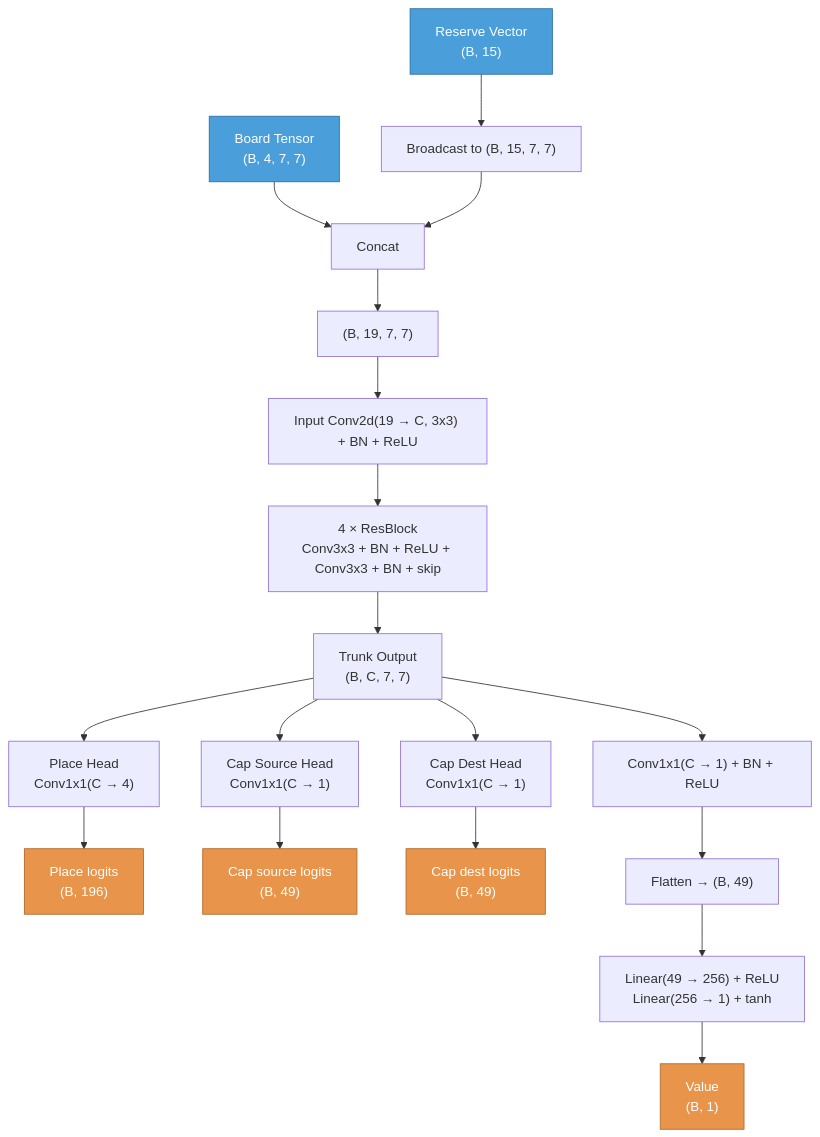
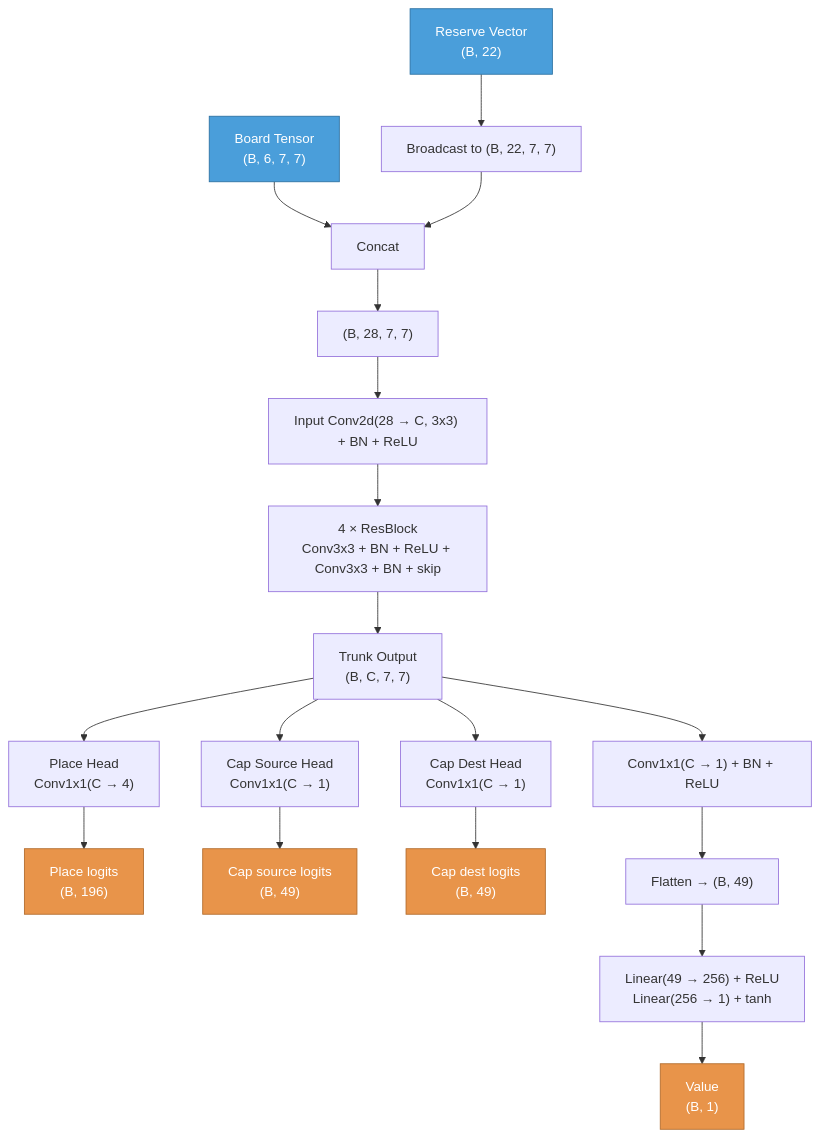
The diagram in docs/zertz_model.md (wldevries/hive-zero), drawn with Mermaid before and after one commit. The commit also changed other lines of this file and 5 other files, not shown here.

````diff
--- a/docs/zertz_model.md
+++ b/docs/zertz_model.md
@@ -5,27 +5,27 @@
 ```mermaid
 graph TD
-    BT["Board Tensor<br/>(B, 4, 7, 7)"]:::input --> CAT["Concat"]
-    RV["Reserve Vector<br/>(B, 15)"]:::input --> BC["Broadcast to (B, 15, 7, 7)"]
+    BT["Board Tensor<br/>(B, 6, 7, 7)"]:::input --> CAT["Concat"]
+    RV["Reserve Vector<br/>(B, 22)"]:::input --> BC["Broadcast to (B, 22, 7, 7)"]
     BC --> CAT
-    CAT --> INPUT["(B, 19, 7, 7)"]
+    CAT --> INPUT["(B, 28, 7, 7)"]
 
-    INPUT --> IC["Input Conv2d(19 → C, 3x3) + BN + ReLU"]
+    INPUT --> IC["Input Conv2d(28 → C, 3x3) + BN + ReLU"]
     IC --> RB["4 × ResBlock<br/>Conv3x3 + BN + ReLU + Conv3x3 + BN + skip"]
     RB --> TRUNK["Trunk Output<br/>(B, C, 7, 7)"]
 
     TRUNK --> PH_PLACE["Place Head<br/>Conv1x1(C → 4)"]
     TRUNK --> PH_SRC["Cap Source Head<br/>Conv1x1(C → 1)"]
     TRUNK --> PH_DST["Cap Dest Head<br/>Conv1x1(C → 1)"]
 
     PH_PLACE --> PO_PLACE["Place logits<br/>(B, 196)"]:::output
     PH_SRC --> PO_SRC["Cap source logits<br/>(B, 49)"]:::output
     PH_DST --> PO_DST["Cap dest logits<br/>(B, 49)"]:::output
 
     TRUNK --> VC["Conv1x1(C → 1) + BN + ReLU"]
     VC --> VF["Flatten → (B, 49)"]
     VF --> VFC["Linear(49 → 256) + ReLU<br/>Linear(256 → 1) + tanh"]
     VFC --> VOUT["Value<br/>(B, 1)"]:::output
 
     classDef input fill:#4a9eda,stroke:#2a6fa0,color:#fff
     classDef output fill:#e8944a,stroke:#b06a2a,color:#fff
 ```
````
